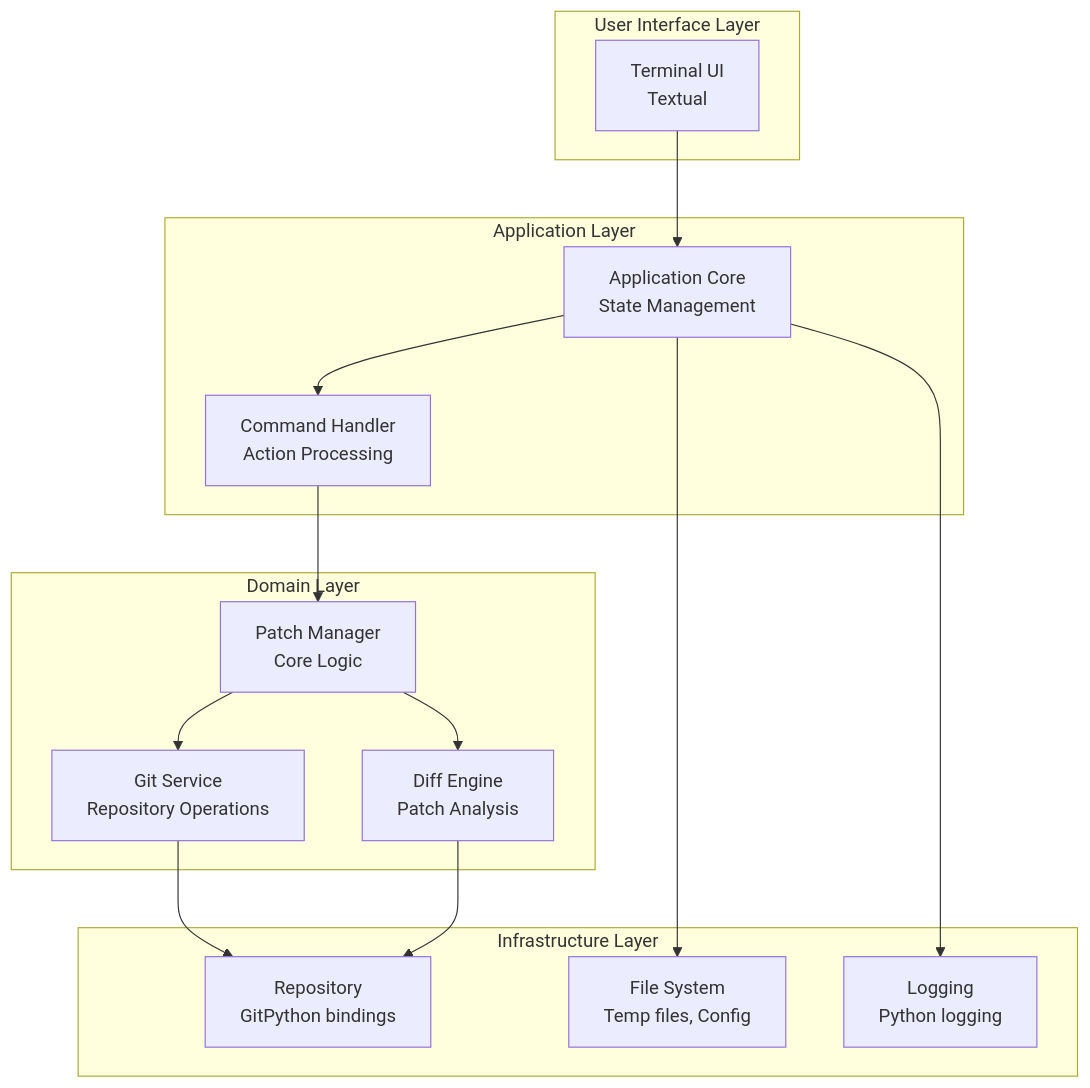
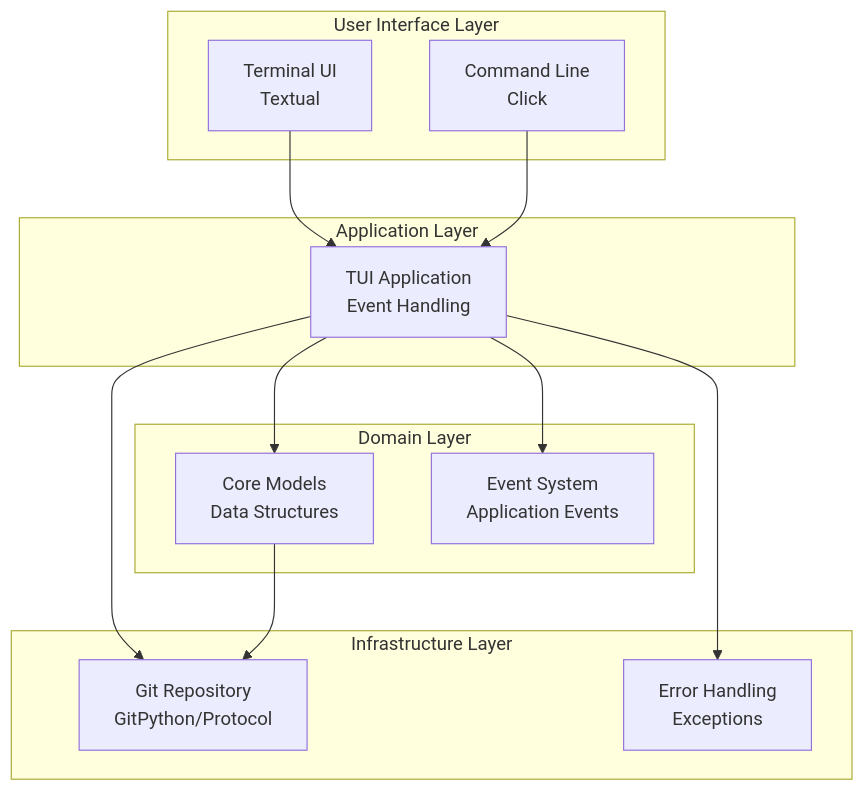
The diagram in docs/architecture.md (RonnyPfannschmidt/git-patchdance), drawn with Mermaid before and after one commit. The commit also changed other lines of this file and 2 other files, not shown here.

First line of the commit message:
refactor: replace run_tui function with direct app.run() call

````diff
--- a/docs/architecture.md
+++ b/docs/architecture.md
@@ -7,33 +7,29 @@
 ```mermaid
 graph TB
     subgraph "User Interface Layer"
         TUI[Terminal UI<br/>Textual]
+        CLI[Command Line<br/>Click]
     end
 
     subgraph "Application Layer"
-        APP[Application Core<br/>State Management]
-        CMD[Command Handler<br/>Action Processing]
+        APP[TUI Application<br/>Event Handling]
     end
 
     subgraph "Domain Layer"
-        PM[Patch Manager<br/>Core Logic]
-        GIT[Git Service<br/>Repository Operations]
-        DIFF[Diff Engine<br/>Patch Analysis]
+        MODELS[Core Models<br/>Data Structures]
+        EVENTS[Event System<br/>Application Events]
     end
 
     subgraph "Infrastructure Layer"
-        REPO[Repository<br/>GitPython bindings]
-        FS[File System<br/>Temp files, Config]
-        LOG[Logging<br/>Python logging]
+        REPO[Git Repository<br/>GitPython/Protocol]
+        ERRORS[Error Handling<br/>Exceptions]
     end
 
     TUI --> APP
-    APP --> CMD
-    CMD --> PM
-    PM --> GIT
-    PM --> DIFF
-    GIT --> REPO
-    DIFF --> REPO
-    APP --> FS
-    APP --> LOG
+    CLI --> APP
+    APP --> MODELS
+    APP --> EVENTS
+    APP --> REPO
+    APP --> ERRORS
+    MODELS --> REPO
 ```
````
